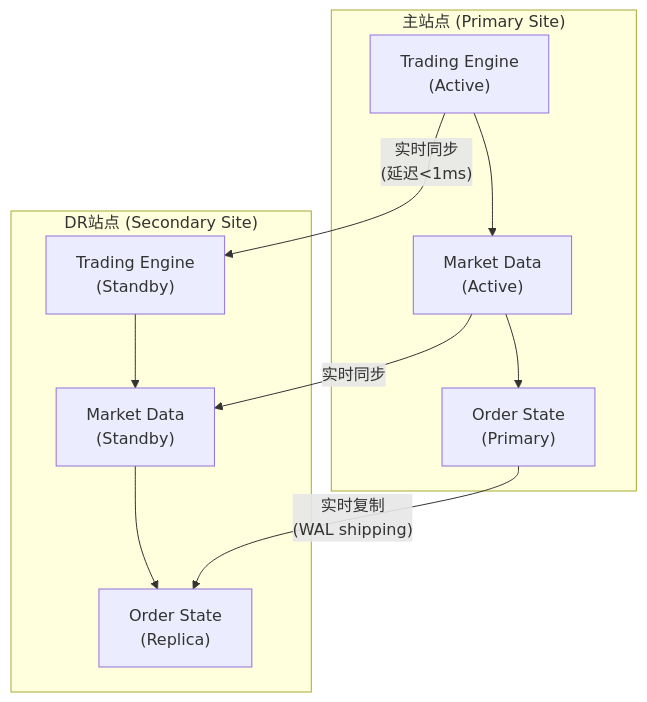
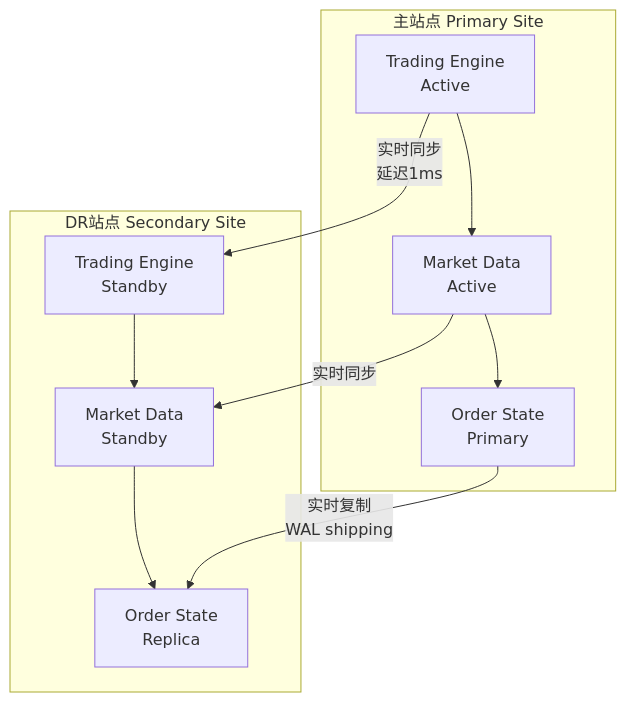
The fifth of 5 diagrams in content/articles/sre/sre-61-HFT基础设施最佳实践.md (jpixy/jpixy.github.io), drawn with Mermaid before and after one commit. The commit also changed other lines of this file and 66 other files, not shown here.

Commit message:
fix: resolve Mermaid syntax errors by removing parentheses in node labels

````diff
--- a/content/articles/sre/sre-61-HFT基础设施最佳实践.md
+++ b/content/articles/sre/sre-61-HFT基础设施最佳实践.md
@@ -707,21 +707,21 @@
 ```mermaid
 graph TB
-    subgraph Primary["主站点 (Primary Site)"]
-        TE1["Trading Engine<br/>(Active)"]
-        MD1["Market Data<br/>(Active)"]
-        OS1["Order State<br/>(Primary)"]
+    subgraph Primary["主站点 Primary Site"]
+        TE1["Trading Engine<br/>Active"]
+        MD1["Market Data<br/>Active"]
+        OS1["Order State<br/>Primary"]
         TE1 --> MD1
         MD1 --> OS1
     end
-    subgraph Secondary["DR站点 (Secondary Site)"]
-        TE2["Trading Engine<br/>(Standby)"]
-        MD2["Market Data<br/>(Standby)"]
-        OS2["Order State<br/>(Replica)"]
+    subgraph Secondary["DR站点 Secondary Site"]
+        TE2["Trading Engine<br/>Standby"]
+        MD2["Market Data<br/>Standby"]
+        OS2["Order State<br/>Replica"]
         TE2 --> MD2
         MD2 --> OS2
     end
     
-    TE1 -->|"实时同步<br/>(延迟<1ms)"| TE2
+    TE1 -->|"实时同步<br/>延迟1ms"| TE2
     MD1 -->|"实时同步"| MD2
-    OS1 -->|"实时复制<br/>(WAL shipping)"| OS2
+    OS1 -->|"实时复制<br/>WAL shipping"| OS2
 ```
````
